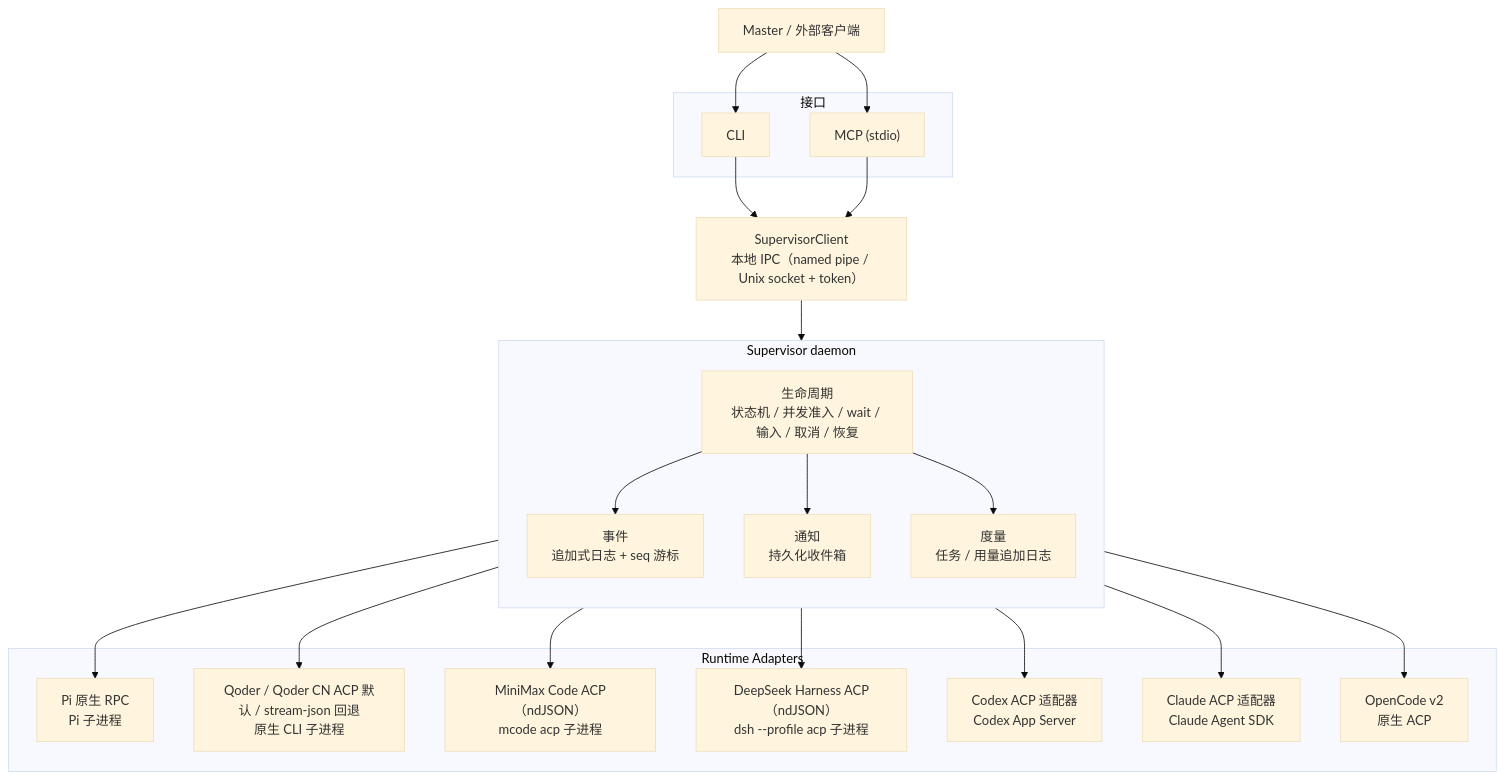
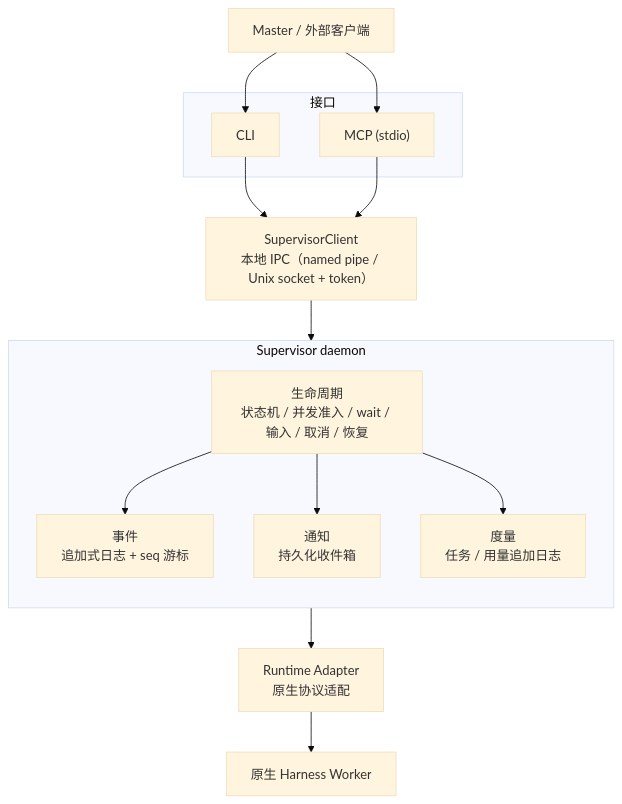
One commit to Chenpi-Sakura/harness-supervisor changed the diagram in README.md. Above: the diagram before and after it, drawn with Mermaid (base theme). The commit also changed other lines of this file, not shown here.

Commit message:
docs(readme): simplify architecture and capability table

````diff
--- a/README.md
+++ b/README.md
@@ -210,45 +210,33 @@
 ```mermaid
 flowchart TB
     Client["Master / 外部客户端"]
 
     subgraph interfaces["接口"]
         CLI["CLI"]
         MCP["MCP (stdio)"]
     end
 
     IPC["SupervisorClient<br/>本地 IPC（named pipe / Unix socket + token）"]
 
     subgraph daemon["Supervisor daemon"]
         direction TB
         Lifecycle["生命周期<br/>状态机 / 并发准入 / wait / 输入 / 取消 / 恢复"]
         Events["事件<br/>追加式日志 + seq 游标"]
         Inbox["通知<br/>持久化收件箱"]
         Metrics["度量<br/>任务 / 用量追加日志"]
     end
 
-    subgraph adapters["Runtime Adapters"]
-        Pi["Pi 原生 RPC<br/>Pi 子进程"]
-        Qoder["Qoder / Qoder CN ACP 默认 / stream-json 回退<br/>原生 CLI 子进程"]
-        Mcode["MiniMax Code ACP（ndJSON）<br/>mcode acp 子进程"]
-        Dsh["DeepSeek Harness ACP（ndJSON）<br/>dsh --profile acp 子进程"]
-        Codex["Codex ACP 适配器<br/>Codex App Server"]
-        Claude["Claude ACP 适配器<br/>Claude Agent SDK"]
-        OpenCode["OpenCode v2<br/>原生 ACP"]
-    end
+    Adapter["Runtime Adapter<br/>原生协议适配"]
+    Worker["原生 Harness Worker"]
 
     Client --> CLI
     Client --> MCP
     CLI --> IPC
     MCP --> IPC
     IPC --> Lifecycle
     Lifecycle --> Events
     Lifecycle --> Inbox
     Lifecycle --> Metrics
-    Lifecycle --> Pi
-    Lifecycle --> Qoder
-    Lifecycle --> Mcode
-    Lifecycle --> Dsh
-    Lifecycle --> Codex
-    Lifecycle --> Claude
-    Lifecycle --> OpenCode
+    Lifecycle --> Adapter
+    Adapter --> Worker
 ```
````
